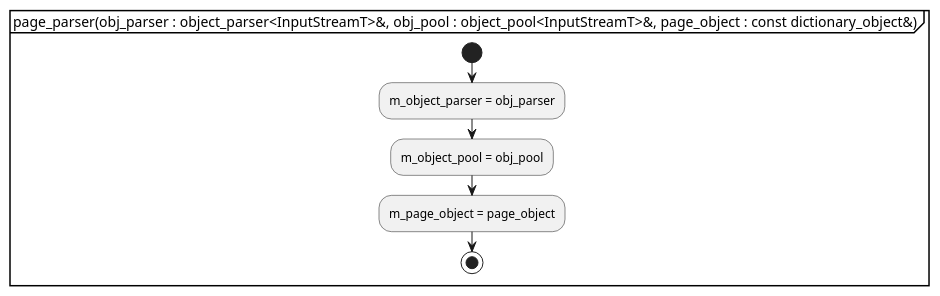
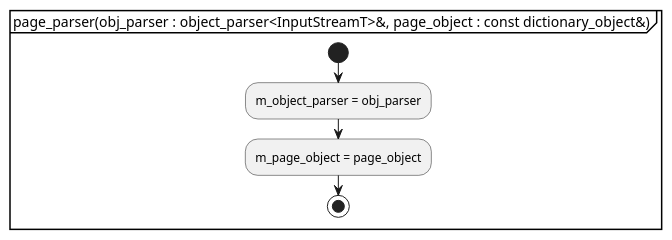
Before and after one commit to KodaiYM/PDFReader: the first of 2 diagrams in document/document_reader/page_tree_parser/page_parser/page_parser.activity.pu, drawn with PlantUML. The commit also changed 4 other files, not shown here.

Commit message:
全体のクラスの依存関係を示すクラス図を追加

```diff
--- a/document/document_reader/page_tree_parser/page_parser/page_parser.activity.pu
+++ b/document/document_reader/page_tree_parser/page_parser/page_parser.activity.pu
@@ -1,9 +1,8 @@
 @startuml page_parser
-partition "page_parser(obj_parser : object_parser<InputStreamT>&, obj_pool : object_pool<InputStreamT>&, page_object : const dictionary_object&)" {
+partition "page_parser(obj_parser : object_parser<InputStreamT>&, page_object : const dictionary_object&)" {
 start
 	:m_object_parser = obj_parser;
-	:m_object_pool = obj_pool;
 	:m_page_object = page_object;
 stop
 }
 @enduml
```
